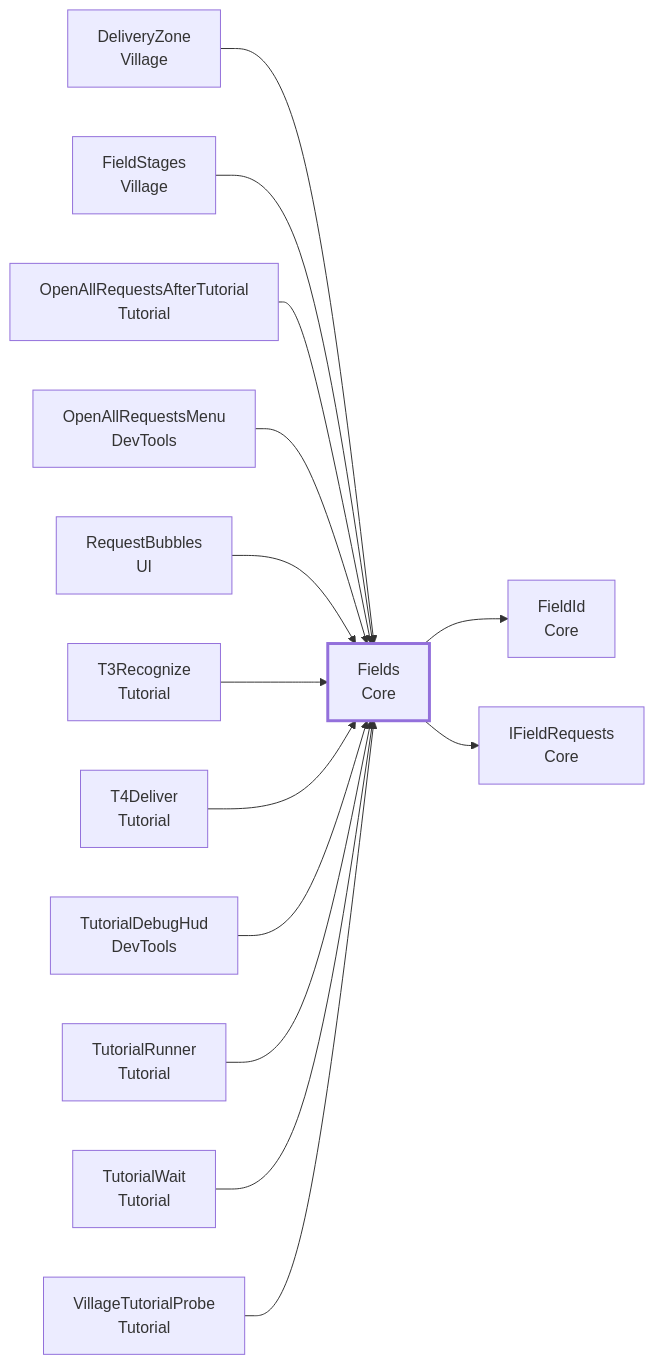
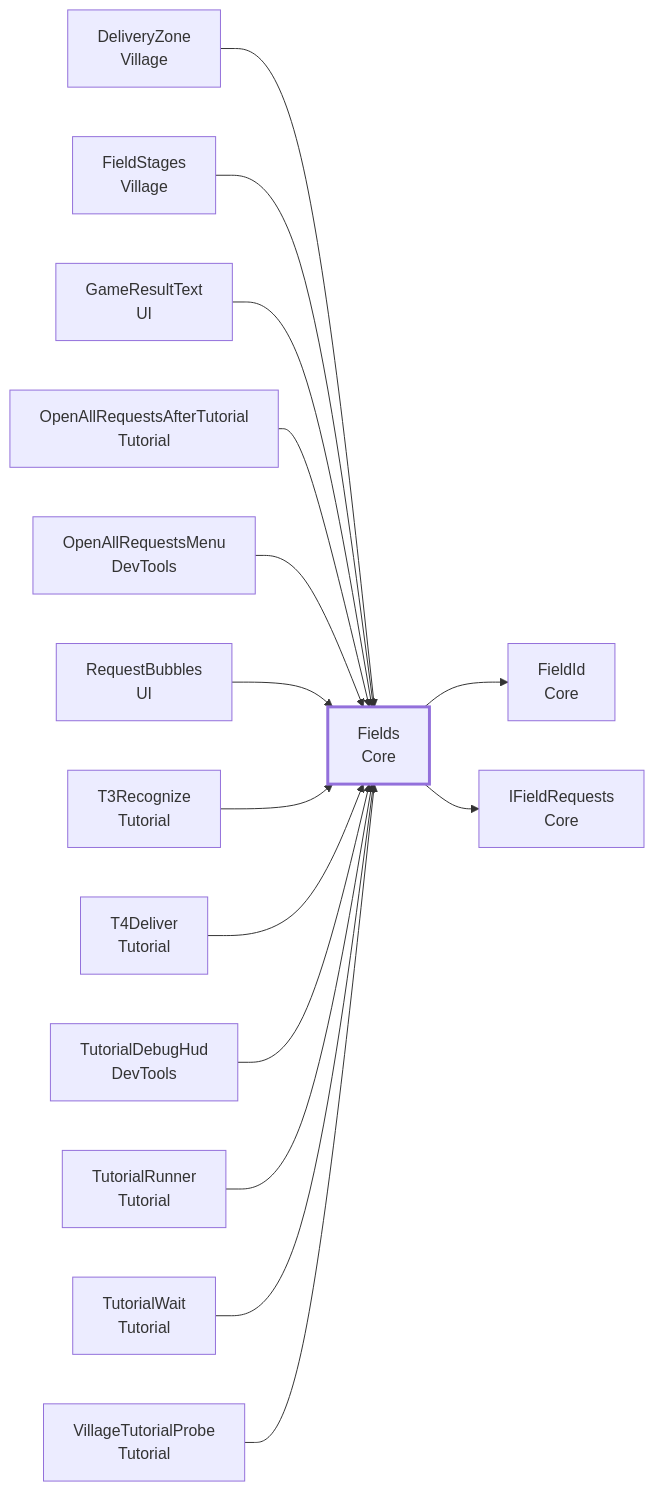
The eighth of 23 diagrams in docs/api/Core.md (Fialuxe/MouthOfGod_System), drawn with Mermaid before and after one commit. The commit also changed other lines of this file and 7 other files, not shown here.

First line of the commit message:
時間切れのあとに届けた数を正面に出す GameResultText を足す（#355）

````diff
--- a/docs/api/Core.md
+++ b/docs/api/Core.md
@@ -419,18 +420,19 @@
 ```mermaid
 flowchart LR
   C_Fields["Fields<br/>Core"]:::me
   U_DeliveryZone["DeliveryZone<br/>Village"] --> C_Fields
   U_FieldStages["FieldStages<br/>Village"] --> C_Fields
+  U_GameResultText["GameResultText<br/>UI"] --> C_Fields
   U_OpenAllRequestsAfterTutorial["OpenAllRequestsAfterTutorial<br/>Tutorial"] --> C_Fields
   U_OpenAllRequestsMenu["OpenAllRequestsMenu<br/>DevTools"] --> C_Fields
   U_RequestBubbles["RequestBubbles<br/>UI"] --> C_Fields
   U_T3Recognize["T3Recognize<br/>Tutorial"] --> C_Fields
   U_T4Deliver["T4Deliver<br/>Tutorial"] --> C_Fields
   U_TutorialDebugHud["TutorialDebugHud<br/>DevTools"] --> C_Fields
   U_TutorialRunner["TutorialRunner<br/>Tutorial"] --> C_Fields
   U_TutorialWait["TutorialWait<br/>Tutorial"] --> C_Fields
   U_VillageTutorialProbe["VillageTutorialProbe<br/>Tutorial"] --> C_Fields
   C_Fields --> D_FieldId["FieldId<br/>Core"]
   C_Fields --> D_IFieldRequests["IFieldRequests<br/>Core"]
   classDef me stroke-width:3px
 ```
````
